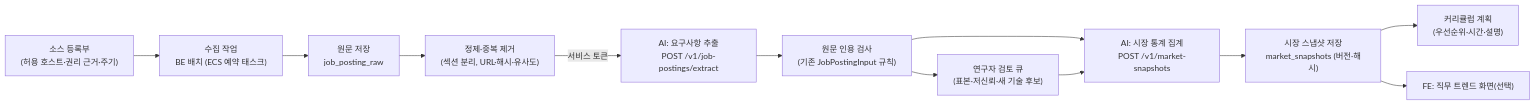
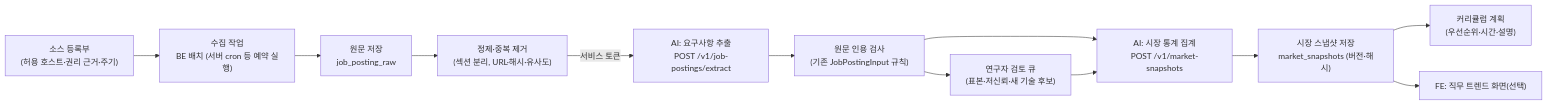
One commit to HYUJIM/VC_AI_Career_agent changed the diagram in ai/docs/JOB_MARKET_STATS_DESIGN.md. Above: the diagram before and after it, drawn with Mermaid. The commit also changed other lines of this file and 57 other files, not shown here.

````diff
--- a/ai/docs/JOB_MARKET_STATS_DESIGN.md
+++ b/ai/docs/JOB_MARKET_STATS_DESIGN.md
@@ -41,14 +41,14 @@
 ```mermaid
 flowchart LR
-    SRC["소스 등록부<br/>(허용 호스트·권리 근거·주기)"] --> COL["수집 작업<br/>BE 배치 (ECS 예약 태스크)"]
+    SRC["소스 등록부<br/>(허용 호스트·권리 근거·주기)"] --> COL["수집 작업<br/>BE 배치 (서버 cron 등 예약 실행)"]
     COL --> RAW["원문 저장<br/>job_posting_raw"]
     RAW --> NORM["정제·중복 제거<br/>(섹션 분리, URL·해시·유사도)"]
     NORM -->|"서비스 토큰"| EXT["AI: 요구사항 추출<br/>POST /v1/job-postings/extract"]
     EXT --> VAL["원문 인용 검사<br/>(기존 JobPostingInput 규칙)"]
     VAL --> REV["연구자 검토 큐<br/>(표본·저신뢰·새 기술 후보)"]
     VAL --> AGG["AI: 시장 통계 집계<br/>POST /v1/market-snapshots"]
     REV --> AGG
     AGG --> SNAP["시장 스냅샷 저장<br/>market_snapshots (버전·해시)"]
     SNAP --> CUR["커리큘럼 계획<br/>(우선순위·시간·설명)"]
     SNAP --> UI["FE: 직무 트렌드 화면(선택)"]
 ```
````
